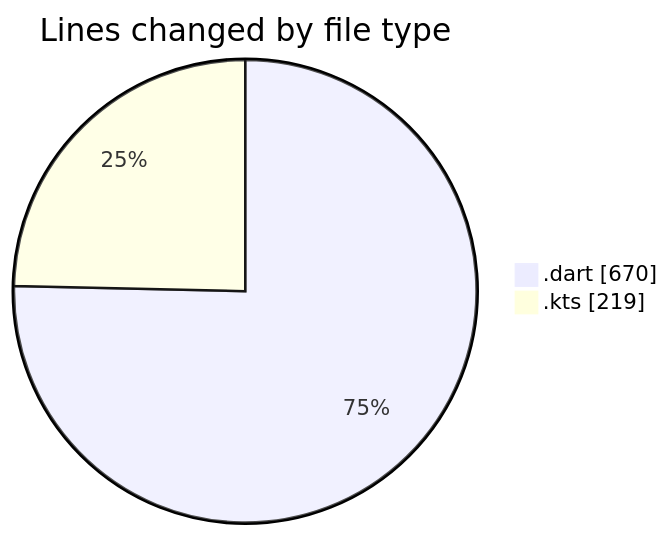
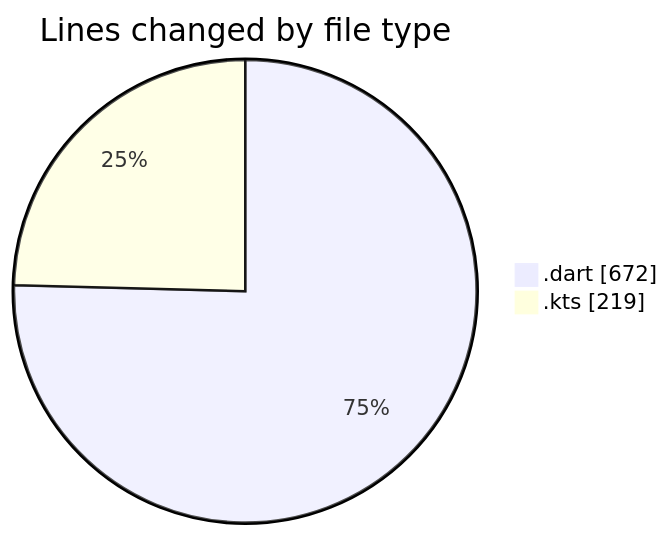
One commit to donsfak/code-tracking changed the first of 2 diagrams in 2025-02-24/drivers_app/README.md. Above: the diagram before and after it, drawn with Mermaid. The commit also changed other lines of this file and 1 other file, not shown here.

````diff
--- a/2025-02-24/drivers_app/README.md
+++ b/2025-02-24/drivers_app/README.md
@@ -25,6 +25,6 @@
 ```mermaid
 pie showData
 title Lines changed by file type
-".dart" : 670
+".dart" : 672
 ".kts" : 219
 ```
````
